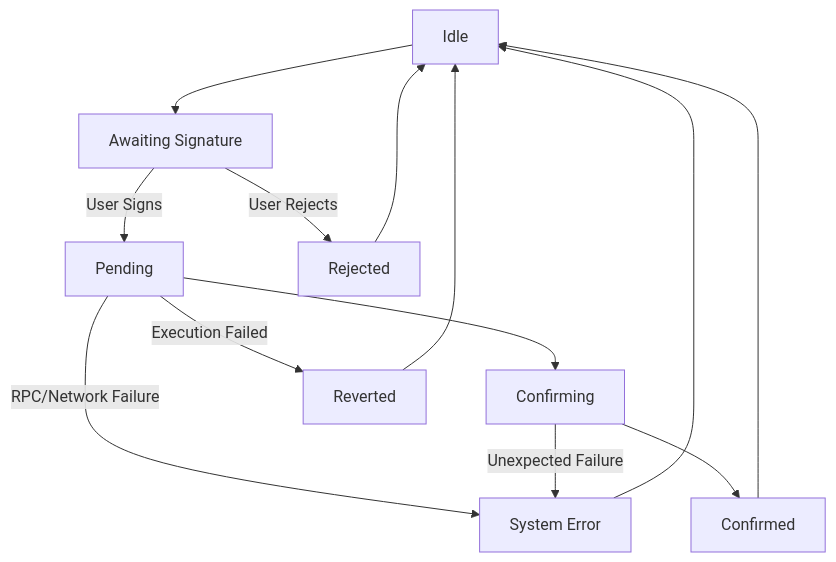
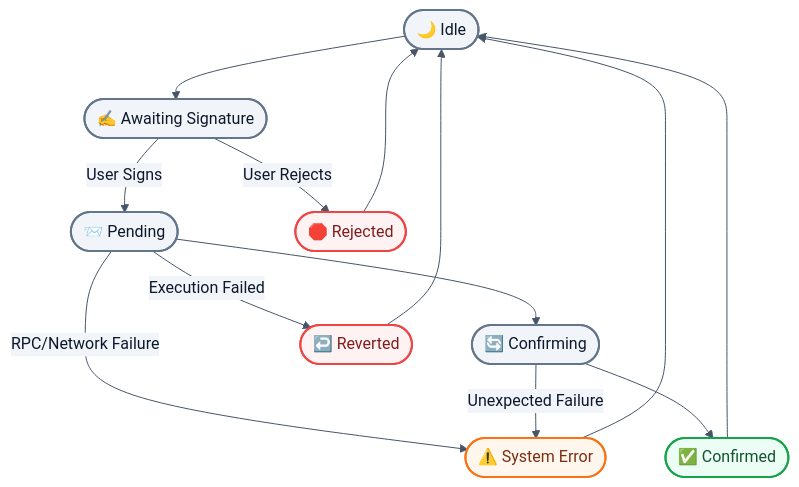
One commit to sunshineluyao/Moss-Mcp-Transaction changed the third of 8 diagrams in README.md. Above: the diagram before and after it, drawn with Mermaid. The commit also changed other lines of this file, not shown here.

Commit message:
docs: apply cohesive visual theme to all mermaid diagrams

````diff
--- a/README.md
+++ b/README.md
@@ -242,17 +294,28 @@
 ```mermaid
+%%{init: {'theme':'base','themeVariables': {'fontFamily':'Trebuchet MS, Segoe UI, sans-serif','primaryColor':'#f8fafc','primaryBorderColor':'#64748b','primaryTextColor':'#0f172a','lineColor':'#475569','secondaryColor':'#f1f5f9','tertiaryColor':'#ffffff'}}}%%
 flowchart TB
-  Idle[Idle] --> Awaiting[Awaiting Signature]
-  Awaiting -->|User Signs| Pending[Pending]
-  Awaiting -->|User Rejects| Rejected[Rejected]
+  Idle([🌙 Idle]) --> Awaiting([✍️ Awaiting Signature])
+  Awaiting -->|User Signs| Pending([📨 Pending])
+  Awaiting -->|User Rejects| Rejected([🛑 Rejected])
 
-  Pending --> Confirming[Confirming]
-  Confirming --> Confirmed[Confirmed]
-  Pending -->|Execution Failed| Reverted[Reverted]
-  Pending -->|RPC/Network Failure| SystemError[System Error]
+  Pending --> Confirming([🔄 Confirming])
+  Confirming --> Confirmed([✅ Confirmed])
+  Pending -->|Execution Failed| Reverted([↩️ Reverted])
+  Pending -->|RPC/Network Failure| SystemError([⚠️ System Error])
   Confirming -->|Unexpected Failure| SystemError
 
   Rejected --> Idle
   Reverted --> Idle
   SystemError --> Idle
   Confirmed --> Idle
+
+  classDef neutral fill:#f1f5f9,stroke:#64748b,stroke-width:2px,color:#0f172a;
+  classDef success fill:#ecfdf5,stroke:#16a34a,stroke-width:2px,color:#14532d;
+  classDef danger fill:#fef2f2,stroke:#ef4444,stroke-width:2px,color:#7f1d1d;
+  classDef warn fill:#fff7ed,stroke:#f97316,stroke-width:2px,color:#7c2d12;
+
+  class Idle,Awaiting,Pending,Confirming neutral;
+  class Confirmed success;
+  class Rejected,Reverted danger;
+  class SystemError warn;
 ```
````
